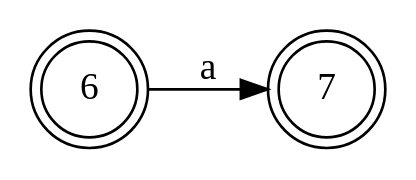
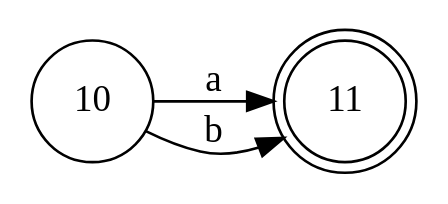
The diagram in test-output/automata1.gv (bryannalfaro/Dise-odeLenguajes), drawn with Graphviz before and after one commit. The commit also changed 4 other files, not shown here.

```diff
--- a/test-output/automata1.gv
+++ b/test-output/automata1.gv
@@ -1,6 +1,7 @@
 digraph automata1 {
 	rankdir=LR
-	6 [label=6 shape=doublecircle]
-	7 [label=7 shape=doublecircle]
-	6 -> 7 [label=a]
+	10 [label=10 shape=circle]
+	11 [label=11 shape=doublecircle]
+	10 -> 11 [label=a]
+	10 -> 11 [label=b]
 }
```
